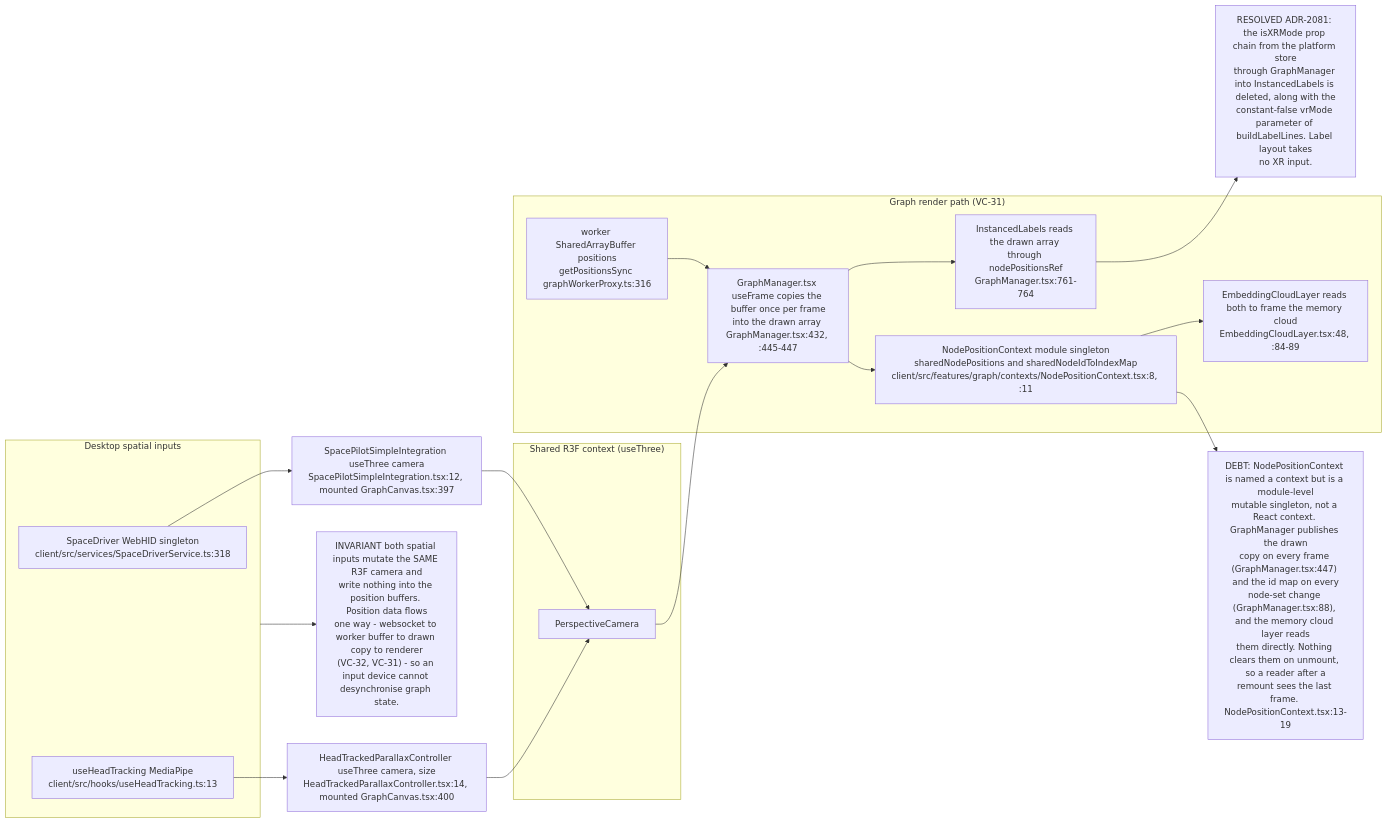
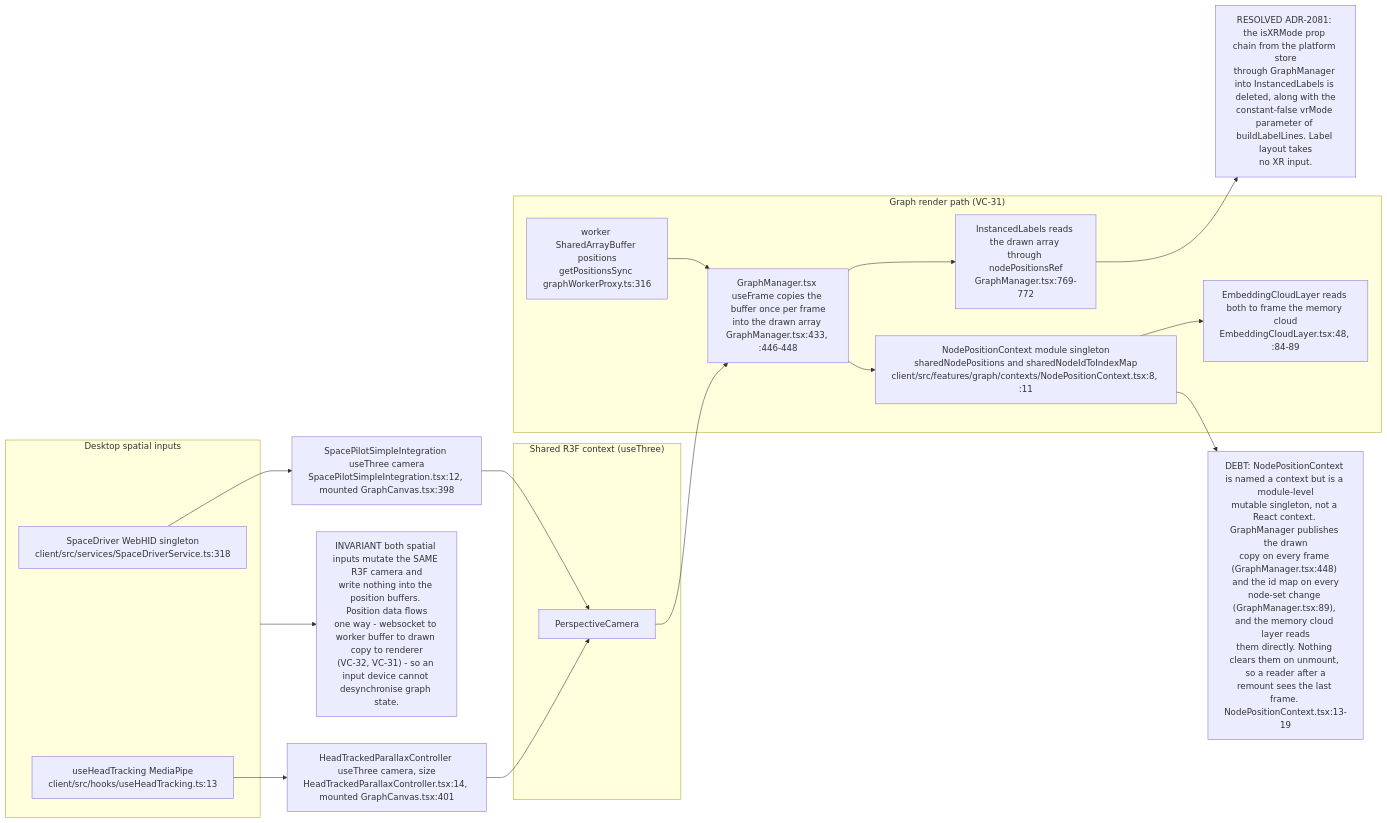
One commit to DreamLab-AI/VisionFlow changed the seventh of 11 diagrams in docs/diagrams/visionclaw/37-browser-xr-and-desktop-input.md. Above: the diagram before and after it, drawn with Mermaid. The commit also changed other lines of this file and 154 other files, not shown here.

First line of the commit message:
docs(diagrams): re-stamp 154 topics whose every citation still reads the same text at the current heads

````diff
--- a/docs/diagrams/visionclaw/37-browser-xr-and-desktop-input.md
+++ b/docs/diagrams/visionclaw/37-browser-xr-and-desktop-input.md
@@ -349,30 +349,30 @@
 ```mermaid
 flowchart LR
     subgraph inputs["Desktop spatial inputs"]
         SP["SpaceDriver WebHID singleton<br/>client/src/services/SpaceDriverService.ts:318"]
         HT["useHeadTracking MediaPipe<br/>client/src/hooks/useHeadTracking.ts:13"]
     end
     subgraph r3f["Shared R3F context (useThree)"]
         CAM["PerspectiveCamera"]
     end
     subgraph graph["Graph render path (VC-31)"]
         SAB["worker SharedArrayBuffer positions<br/>getPositionsSync graphWorkerProxy.ts:316"]
-        GMx["GraphManager.tsx useFrame copies the buffer once per frame<br/>into the drawn array GraphManager.tsx:432, :445-447"]
-        ILx["InstancedLabels reads the drawn array through nodePositionsRef<br/>GraphManager.tsx:761-764"]
+        GMx["GraphManager.tsx useFrame copies the buffer once per frame<br/>into the drawn array GraphManager.tsx:433, :446-448"]
+        ILx["InstancedLabels reads the drawn array through nodePositionsRef<br/>GraphManager.tsx:769-772"]
         NPC["NodePositionContext module singleton<br/>sharedNodePositions and sharedNodeIdToIndexMap<br/>client/src/features/graph/contexts/NodePositionContext.tsx:8, :11"]
         ECL["EmbeddingCloudLayer reads both to frame the memory cloud<br/>EmbeddingCloudLayer.tsx:48, :84-89"]
     end
-    SP --> SIx["SpacePilotSimpleIntegration useThree camera<br/>SpacePilotSimpleIntegration.tsx:12, mounted GraphCanvas.tsx:397"] --> CAM
-    HT --> HPCx["HeadTrackedParallaxController useThree camera, size<br/>HeadTrackedParallaxController.tsx:14, mounted GraphCanvas.tsx:400"] --> CAM
+    SP --> SIx["SpacePilotSimpleIntegration useThree camera<br/>SpacePilotSimpleIntegration.tsx:12, mounted GraphCanvas.tsx:398"] --> CAM
+    HT --> HPCx["HeadTrackedParallaxController useThree camera, size<br/>HeadTrackedParallaxController.tsx:14, mounted GraphCanvas.tsx:401"] --> CAM
     SAB --> GMx
     CAM --> GMx
     GMx --> ILx
     GMx --> NPC
     NPC --> ECL
     ILx --> NOTE1
     NOTE1["RESOLVED ADR-2081: the isXRMode prop chain from the platform store<br/>through GraphManager into InstancedLabels is deleted, along with the<br/>constant-false vrMode parameter of buildLabelLines. Label layout takes<br/>no XR input."]
     inputs --> NOTE2
     NOTE2["INVARIANT both spatial inputs mutate the SAME R3F camera and<br/>write nothing into the position buffers. Position data flows<br/>one way - websocket to worker buffer to drawn copy to renderer<br/>(VC-32, VC-31) - so an input device cannot desynchronise graph state."]
     NPC --> NOTE3
-    NOTE3["DEBT: NodePositionContext is named a context but is a module-level<br/>mutable singleton, not a React context. GraphManager publishes the drawn<br/>copy on every frame (GraphManager.tsx:447) and the id map on every<br/>node-set change (GraphManager.tsx:88), and the memory cloud layer reads<br/>them directly. Nothing clears them on unmount, so a reader after a<br/>remount sees the last frame. NodePositionContext.tsx:13-19"]
+    NOTE3["DEBT: NodePositionContext is named a context but is a module-level<br/>mutable singleton, not a React context. GraphManager publishes the drawn<br/>copy on every frame (GraphManager.tsx:448) and the id map on every<br/>node-set change (GraphManager.tsx:89), and the memory cloud layer reads<br/>them directly. Nothing clears them on unmount, so a reader after a<br/>remount sees the last frame. NodePositionContext.tsx:13-19"]
 ```
````
